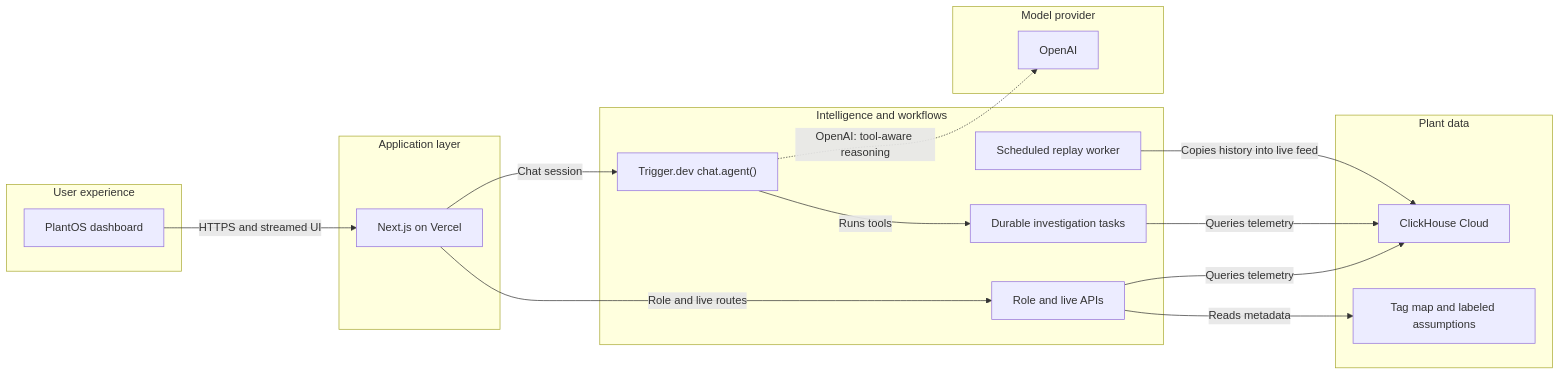
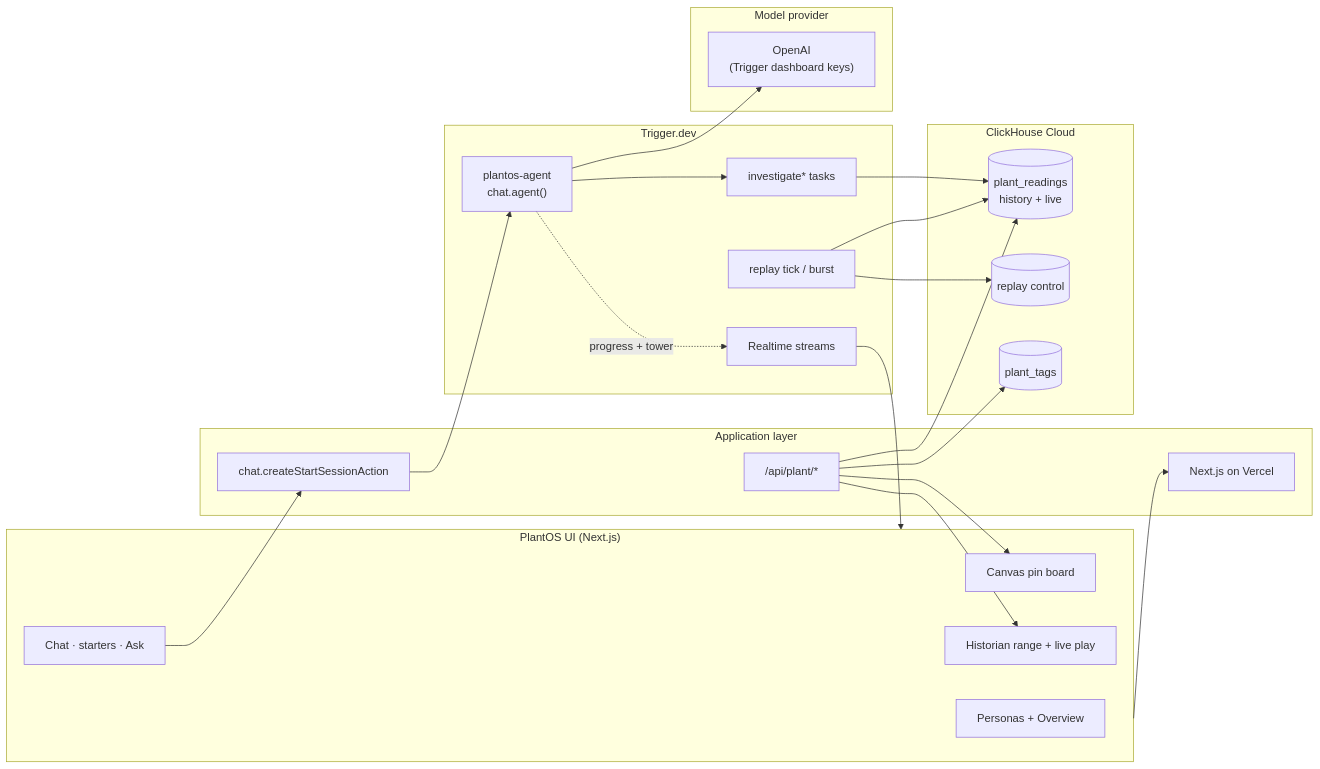
The first of 2 diagrams in README.md (ali-amjad52114/PlantOS), drawn with Mermaid before and after one commit. The commit also changed other lines of this file and 9 other files, not shown here.

First line of the commit message:
Add PlantOS landing with live card showcase and move the app to /panel.

````diff
--- a/README.md
+++ b/README.md
@@ -27,36 +61,46 @@
 ```mermaid
 flowchart LR
-    subgraph client["User experience"]
-        browser["PlantOS dashboard"]
+    subgraph UI["PlantOS UI (Next.js)"]
+        SHELL["Personas + Overview"]
+        CHAT["Chat · starters · Ask"]
+        CANVAS["Canvas pin board"]
+        HIST["Historian range + live play"]
     end
 
-    subgraph gateway["Application layer"]
-        nextApp["Next.js on Vercel"]
+    subgraph APP["Application layer"]
+        NEXT["Next.js on Vercel"]
+        APIS["/api/plant/*"]
+        ACTIONS["chat.createStartSessionAction"]
     end
 
-    subgraph service["Intelligence and workflows"]
-        roleApis["Role and live APIs"]
-        chatAgent["Trigger.dev chat.agent()"]
-        investigations["Durable investigation tasks"]
-        replayWorker["Scheduled replay worker"]
+    subgraph TRIGGER["Trigger.dev"]
+        AGENT["plantos-agent<br/>chat.agent()"]
+        INV["investigate* tasks"]
+        REPLAY["replay tick / burst"]
+        RT["Realtime streams"]
     end
 
-    subgraph datastore["Plant data"]
-        clickhouse["ClickHouse Cloud"]
-        localMeta["Tag map and labeled assumptions"]
+    subgraph DATA["ClickHouse Cloud"]
+        PR[("plant_readings<br/>history + live")]
+        PT[("plant_tags")]
+        CTRL[("replay control")]
     end
 
-    subgraph external["Model provider"]
-        openai["OpenAI"]
+    subgraph LLM["Model provider"]
+        OAI["OpenAI<br/>(Trigger dashboard keys)"]
     end
 
-    browser -->|"HTTPS and streamed UI"| nextApp
-    nextApp -->|"Role and live routes"| roleApis
-    nextApp -->|"Chat session"| chatAgent
-    roleApis -->|"Queries telemetry"| clickhouse
-    roleApis -->|"Reads metadata"| localMeta
-    chatAgent -->|"Runs tools"| investigations
-    investigations -->|"Queries telemetry"| clickhouse
-    replayWorker -->|"Copies history into live feed"| clickhouse
-    chatAgent -.->|"OpenAI: tool-aware reasoning"| openai
+    UI --> NEXT
+    CHAT --> ACTIONS --> AGENT
+    AGENT --> OAI
+    AGENT --> INV
+    INV --> PR
+    APIS --> PR
+    APIS --> PT
+    REPLAY --> PR
+    REPLAY --> CTRL
+    AGENT -.->|progress + tower| RT
+    RT --> UI
+    APIS --> CANVAS
+    APIS --> HIST
 ```
````
